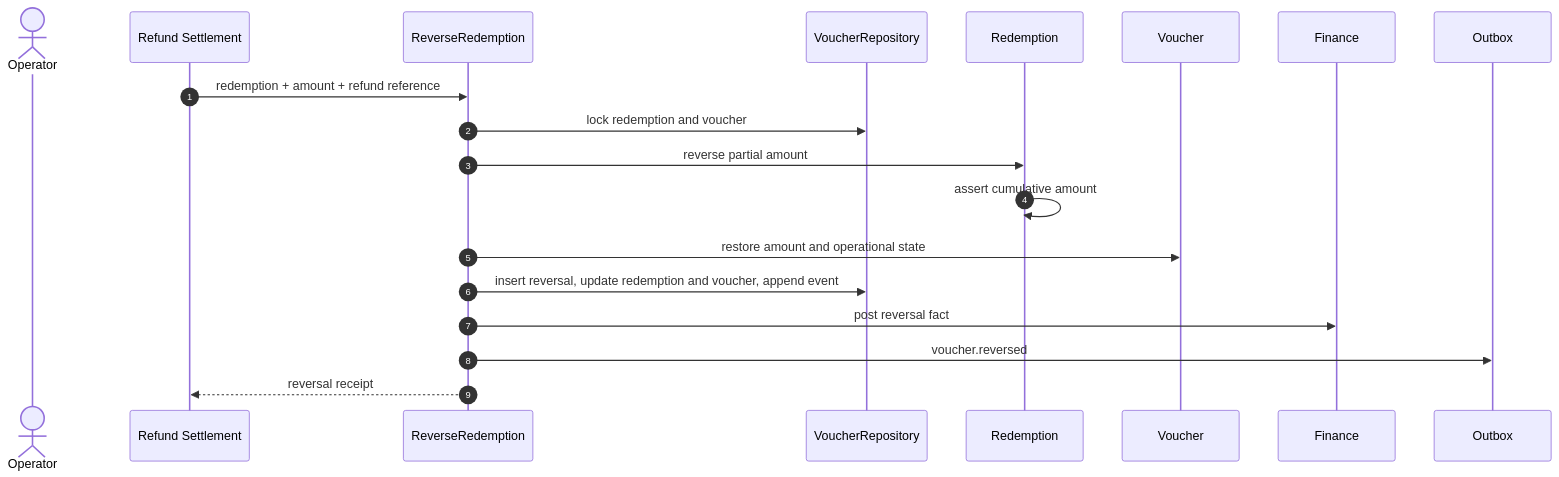
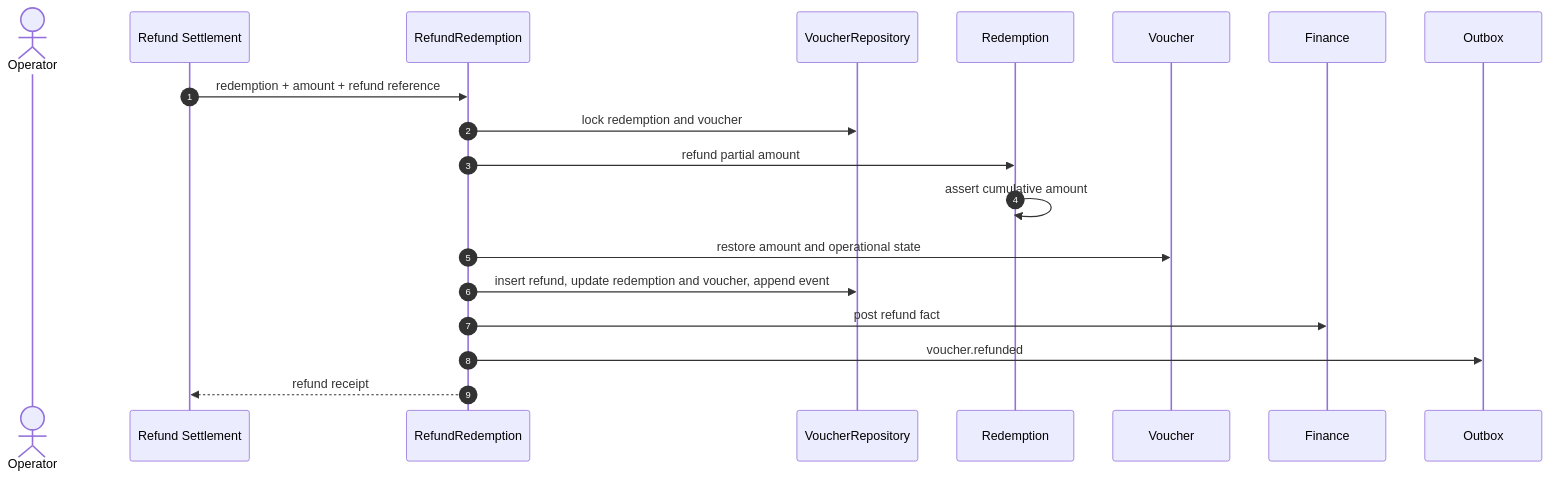
Before and after one commit to Ethan7586/zhudatuan: diagram 23 of 31 in docs/voucher/Flows.md, drawn with Mermaid. The commit also changed other lines of this file and 62 other files, not shown here.

````diff
--- a/docs/voucher/Flows.md
+++ b/docs/voucher/Flows.md
@@ -657,22 +657,22 @@
 ```mermaid
 sequenceDiagram
     autonumber
     actor Operator
     participant Payment as Refund Settlement
-    participant Command as ReverseRedemption
+    participant Command as RefundRedemption
     participant Repo as VoucherRepository
     participant Redemption
     participant Voucher
     participant Finance
     participant Outbox
 
     Payment->>Command: redemption + amount + refund reference
     Command->>Repo: lock redemption and voucher
-    Command->>Redemption: reverse partial amount
+    Command->>Redemption: refund partial amount
     Redemption->>Redemption: assert cumulative amount
     Command->>Voucher: restore amount and operational state
-    Command->>Repo: insert reversal, update redemption and voucher, append event
-    Command->>Finance: post reversal fact
-    Command->>Outbox: voucher.reversed
-    Command-->>Payment: reversal receipt
+    Command->>Repo: insert refund, update redemption and voucher, append event
+    Command->>Finance: post refund fact
+    Command->>Outbox: voucher.refunded
+    Command-->>Payment: refund receipt
 ```
````
